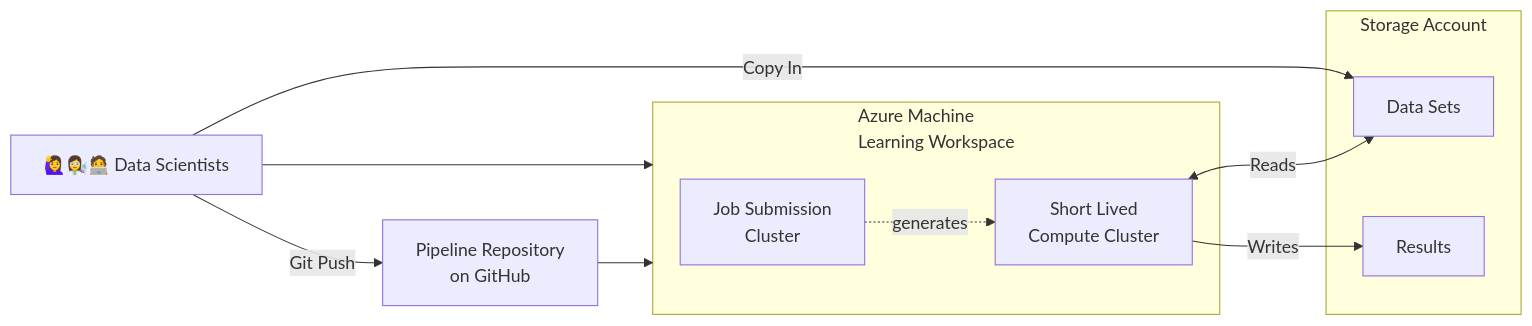
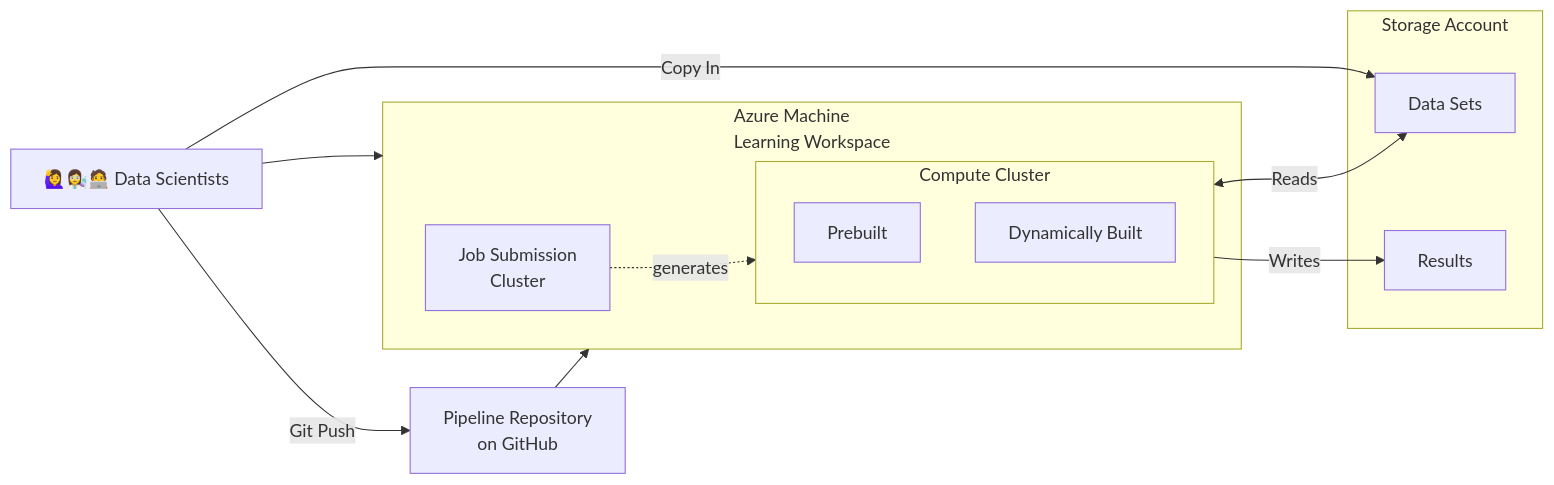
Before and after one commit to Internet2/class-adv-spr2024-aiml: the second of 2 diagrams in azure-deployment/README.md, drawn with Mermaid. The commit also changed 1 other file, not shown here.

Commit message:
Better diagram

````diff
--- a/azure-deployment/README.md
+++ b/azure-deployment/README.md
@@ -28,18 +28,21 @@
 ```mermaid
 graph LR;
   scientist[🙋‍♀️👩‍🔬🧑‍💻 Data Scientists] --Git Push--> repo[Pipeline Repository\non GitHub]
   scientist -->azml
   scientist --Copy In-->data
   subgraph azml[Azure Machine\nLearning Workspace]
     compute[Compute Node]
-    computeC[Compute Cluster]
+    subgraph computeC[Compute Cluster]
+      computeP[Prebuilt]
+      computeD[Dynamically Built]
+    end
   end
   repo --> azml
   compute[Job Submission\nCluster] -. generates .->computeC[Short Lived\nCompute Cluster]
   computeC --Writes-->results
   computeC <--Reads--> data
   subgraph sa[Storage Account]
     results[Results]
     data[Data Sets]
   end
 ```
````
